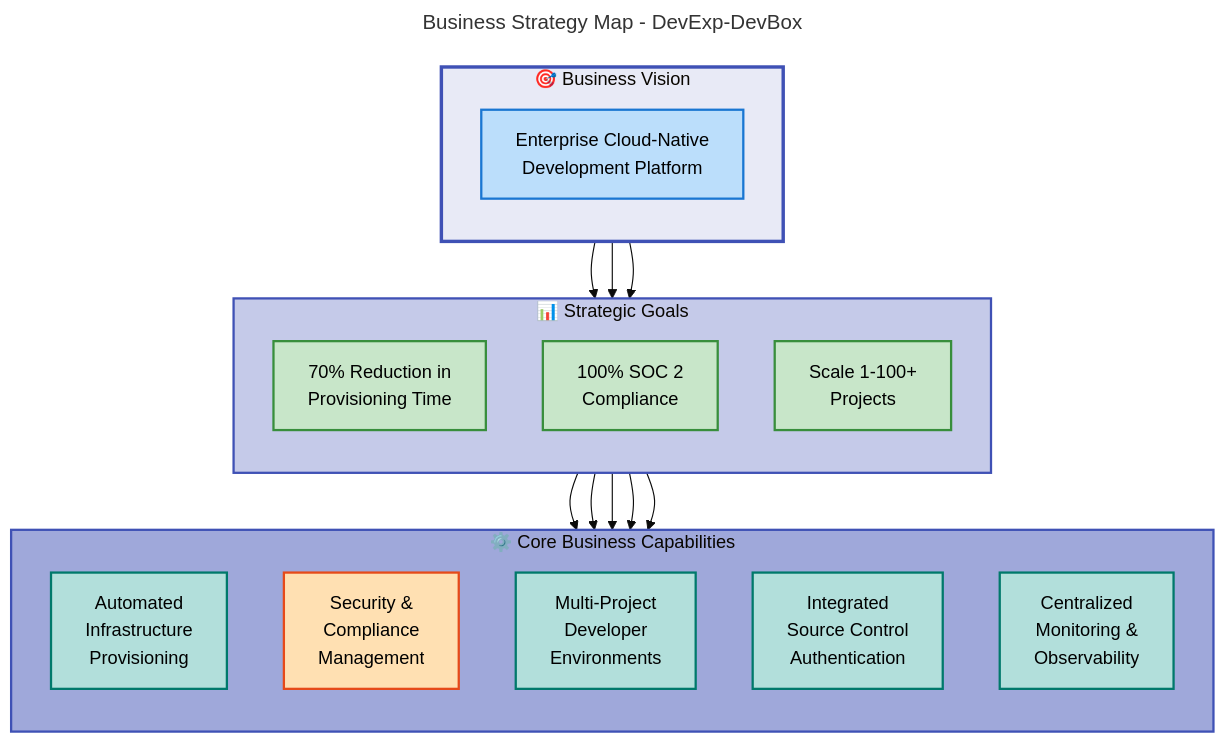
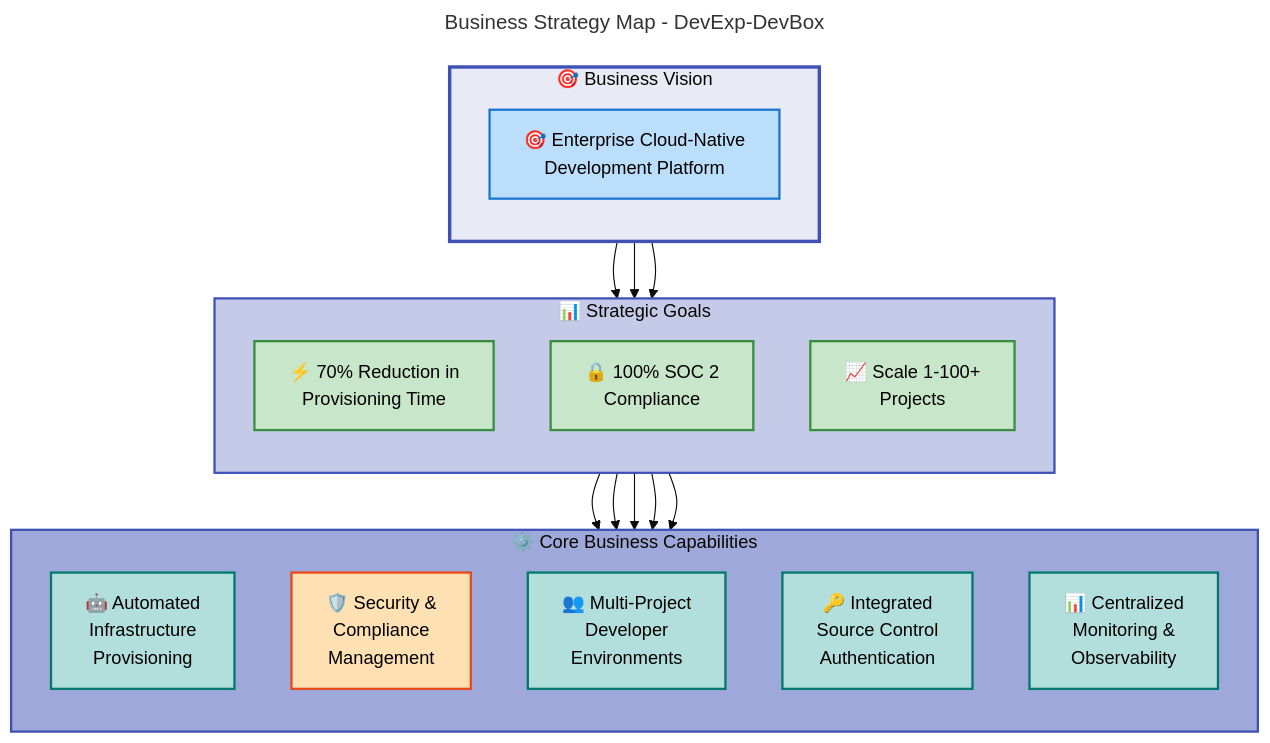
One commit to Evilazaro/DevExp-DevBox changed the first of 5 diagrams in docs/Business-Architecture-BDAT.md. Above: the diagram before and after it, drawn with Mermaid. The commit also changed other lines of this file, not shown here.

Commit message:
Enhance Business Architecture Document with emoji icons for improved visual clarity in flowcharts and capabilities sections

````diff
--- a/docs/Business-Architecture-BDAT.md
+++ b/docs/Business-Architecture-BDAT.md
@@ -102,54 +102,54 @@
 ```mermaid
 ---
 title: Business Strategy Map - DevExp-DevBox
 config:
   theme: base
   flowchart:
     htmlLabels: false
 ---
 flowchart TD
     accTitle: Business Strategy Map showing strategic objectives and enabling capabilities
     accDescr: Hierarchical view of business vision, strategic goals, and operational capabilities for DevExp-DevBox platform
 
     %% Color scheme - Material Design compliant
     classDef level1Group fill:#E8EAF6,stroke:#3F51B5,stroke-width:3px,color:#000
     classDef level2Group fill:#C5CAE9,stroke:#3F51B5,stroke-width:2px,color:#000
     classDef mdBlue fill:#BBDEFB,stroke:#1976D2,stroke-width:2px,color:#000
     classDef mdGreen fill:#C8E6C9,stroke:#388E3C,stroke-width:2px,color:#000
     classDef mdOrange fill:#FFE0B2,stroke:#E64A19,stroke-width:2px,color:#000
     classDef mdTeal fill:#B2DFDB,stroke:#00796B,stroke-width:2px,color:#000
 
     subgraph vision["🎯 Business Vision"]
         direction TB
-        v1["Enterprise Cloud-Native<br/>Development Platform"]:::mdBlue
+        v1["🎯 Enterprise Cloud-Native<br/>Development Platform"]:::mdBlue
     end
 
     subgraph goals["📊 Strategic Goals"]
         direction TB
-        g1["70% Reduction in<br/>Provisioning Time"]:::mdGreen
-        g2["100% SOC 2<br/>Compliance"]:::mdGreen
-        g3["Scale 1-100+<br/>Projects"]:::mdGreen
+        g1["⚡ 70% Reduction in<br/>Provisioning Time"]:::mdGreen
+        g2["🔒 100% SOC 2<br/>Compliance"]:::mdGreen
+        g3["📈 Scale 1-100+<br/>Projects"]:::mdGreen
     end
 
     subgraph capabilities["⚙️ Core Business Capabilities"]
         direction TB
-        c1["Automated<br/>Infrastructure<br/>Provisioning"]:::mdTeal
-        c2["Security &<br/>Compliance<br/>Management"]:::mdOrange
-        c3["Multi-Project<br/>Developer<br/>Environments"]:::mdTeal
-        c4["Integrated<br/>Source Control<br/>Authentication"]:::mdTeal
-        c5["Centralized<br/>Monitoring &<br/>Observability"]:::mdTeal
+        c1["🤖 Automated<br/>Infrastructure<br/>Provisioning"]:::mdTeal
+        c2["🛡️ Security &<br/>Compliance<br/>Management"]:::mdOrange
+        c3["👥 Multi-Project<br/>Developer<br/>Environments"]:::mdTeal
+        c4["🔑 Integrated<br/>Source Control<br/>Authentication"]:::mdTeal
+        c5["📊 Centralized<br/>Monitoring &<br/>Observability"]:::mdTeal
     end
 
     v1 --> g1
     v1 --> g2
     v1 --> g3
     g1 --> c1
     g2 --> c2
     g3 --> c3
     g1 --> c4
     g2 --> c5
 
     style vision fill:#E8EAF6,stroke:#3F51B5,stroke-width:3px
     style goals fill:#C5CAE9,stroke:#3F51B5,stroke-width:2px
     style capabilities fill:#9FA8DA,stroke:#3F51B5,stroke-width:2px
 ```
````
